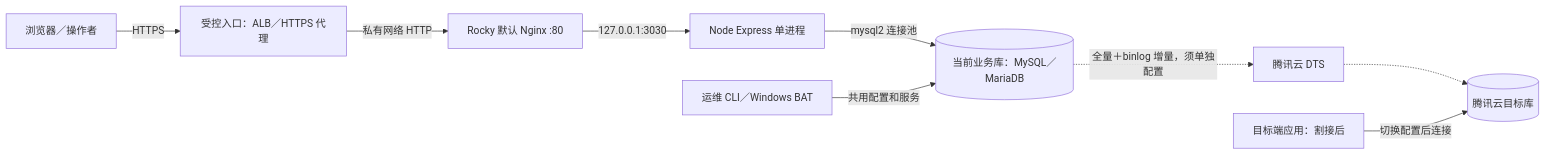
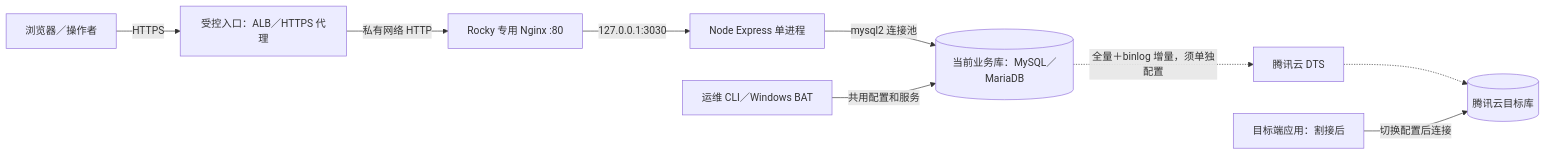
Before and after one commit to davidgehuang/passenger-flow-system-codex: the first of 3 diagrams in docs/系统架构手册.md, drawn with Mermaid. The commit also changed other lines of this file and 7 other files, not shown here.

````diff
--- a/docs/系统架构手册.md
+++ b/docs/系统架构手册.md
@@ -9,11 +9,11 @@
 ```mermaid
 flowchart LR
   U[浏览器／操作者] -->|HTTPS| P[受控入口：ALB／HTTPS 代理]
-  P -->|私有网络 HTTP| N[Rocky 默认 Nginx :80]
+  P -->|私有网络 HTTP| N[Rocky 专用 Nginx :80]
   N -->|127.0.0.1:3030| A[Node Express 单进程]
   A -->|mysql2 连接池| S[(当前业务库：MySQL／MariaDB)]
   O[运维 CLI／Windows BAT] -->|共用配置和服务| S
   S -.->|全量＋binlog 增量，须单独配置| DTS[腾讯云 DTS]
   DTS -.-> T[(腾讯云目标库)]
   A2[目标端应用：割接后] -->|切换配置后连接| T
 ```
````
